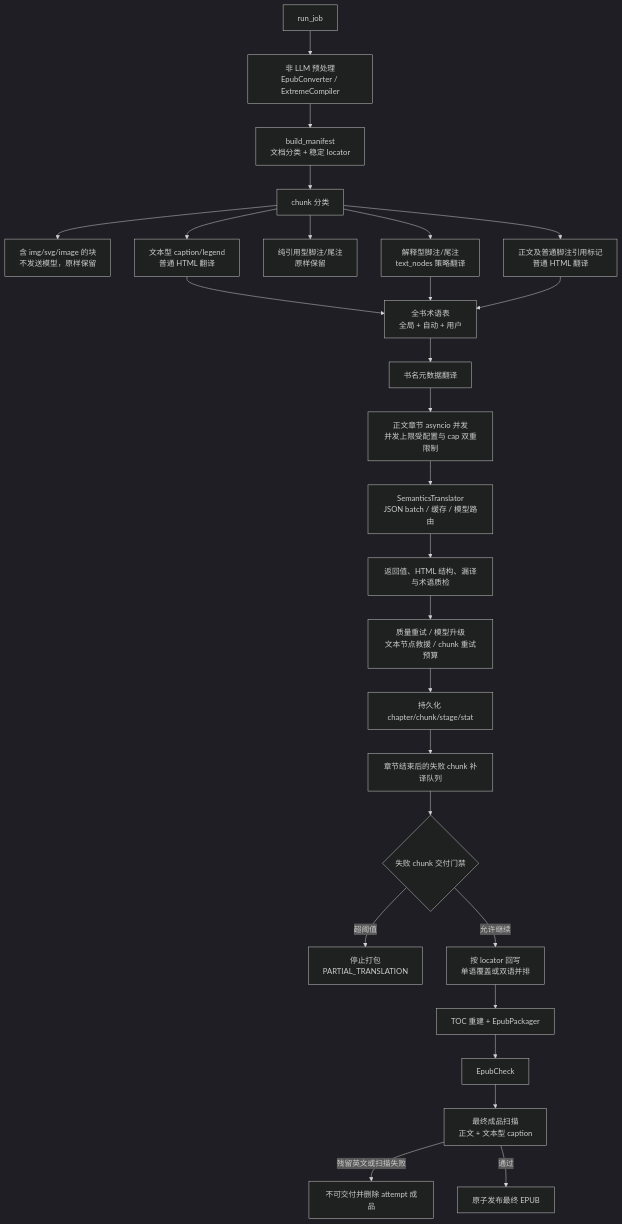
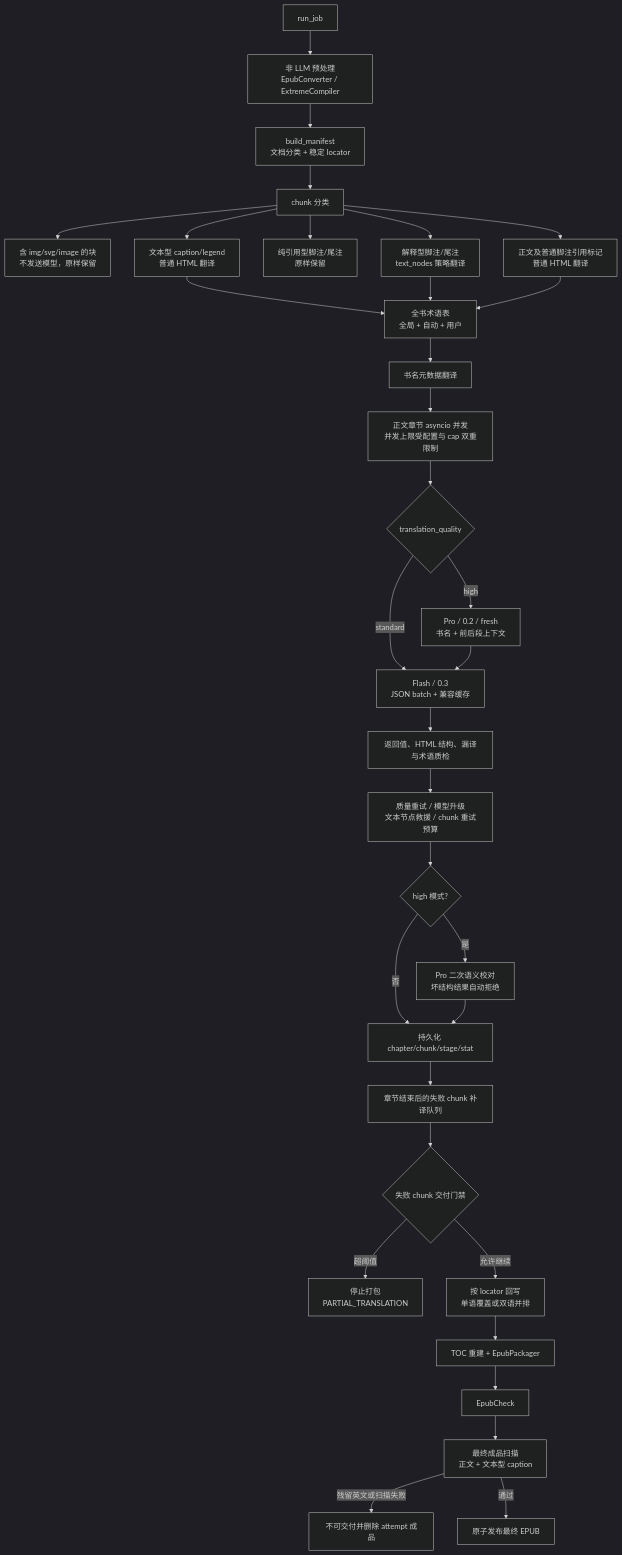
One commit to zengchanghuan/epub-factory changed the third of 3 diagrams in docs/ARCHITECTURE-DIAGRAM.md. Above: the diagram before and after it, drawn with Mermaid (dark theme). The commit also changed other lines of this file and 27 other files, not shown here.

Commit message:
feat: add high-quality EPUB translation mode

````diff
--- a/docs/ARCHITECTURE-DIAGRAM.md
+++ b/docs/ARCHITECTURE-DIAGRAM.md
@@ -100,31 +100,37 @@
 ```mermaid
 flowchart TD
   A["run_job"] --> B["非 LLM 预处理<br/>EpubConverter / ExtremeCompiler"]
   B --> C["build_manifest<br/>文档分类 + 稳定 locator"]
   C --> D["chunk 分类"]
 
   D --> Media["含 img/svg/image 的块<br/>不发送模型，原样保留"]
   D --> Caption["文本型 caption/legend<br/>普通 HTML 翻译"]
   D --> RefNote["纯引用型脚注/尾注<br/>原样保留"]
   D --> ExplainNote["解释型脚注/尾注<br/>text_nodes 策略翻译"]
   D --> Body["正文及普通脚注引用标记<br/>普通 HTML 翻译"]
 
   Caption --> G["全书术语表<br/>全局 + 自动 + 用户"]
   ExplainNote --> G
   Body --> G
   G --> Title["书名元数据翻译"]
   Title --> Chapters["正文章节 asyncio 并发<br/>并发上限受配置与 cap 双重限制"]
-  Chapters --> Translator["SemanticsTranslator<br/>JSON batch / 缓存 / 模型路由"]
+  Chapters --> Mode{"translation_quality"}
+  Mode -->|"standard"| Translator["Flash / 0.3<br/>JSON batch + 兼容缓存"]
+  Mode -->|"high"| Context["Pro / 0.2 / fresh<br/>书名 + 前后段上下文"]
+  Context --> Translator
   Translator --> Validate["返回值、HTML 结构、漏译与术语质检"]
   Validate --> Retry["质量重试 / 模型升级<br/>文本节点救援 / chunk 重试预算"]
-  Retry --> Persist["持久化 chapter/chunk/stage/stat"]
+  Retry --> Review{"high 模式?"}
+  Review -->|"是"| Semantic["Pro 二次语义校对<br/>坏结构结果自动拒绝"]
+  Review -->|"否"| Persist["持久化 chapter/chunk/stage/stat"]
+  Semantic --> Persist
   Persist --> Rescue["章节结束后的失败 chunk 补译队列"]
   Rescue --> Gate1{"失败 chunk 交付门禁"}
   Gate1 -->|"超阈值"| Stop["停止打包<br/>PARTIAL_TRANSLATION"]
   Gate1 -->|"允许继续"| Reduce["按 locator 回写<br/>单语覆盖或双语并排"]
   Reduce --> Package["TOC 重建 + EpubPackager"]
   Package --> EpubCheck["EpubCheck"]
   EpubCheck --> ArtifactQA["最终成品扫描<br/>正文 + 文本型 caption"]
   ArtifactQA -->|"残留英文或扫描失败"| Stop2["不可交付并删除 attempt 成品"]
   ArtifactQA -->|"通过"| Finalize["原子发布最终 EPUB"]
 ```
````
